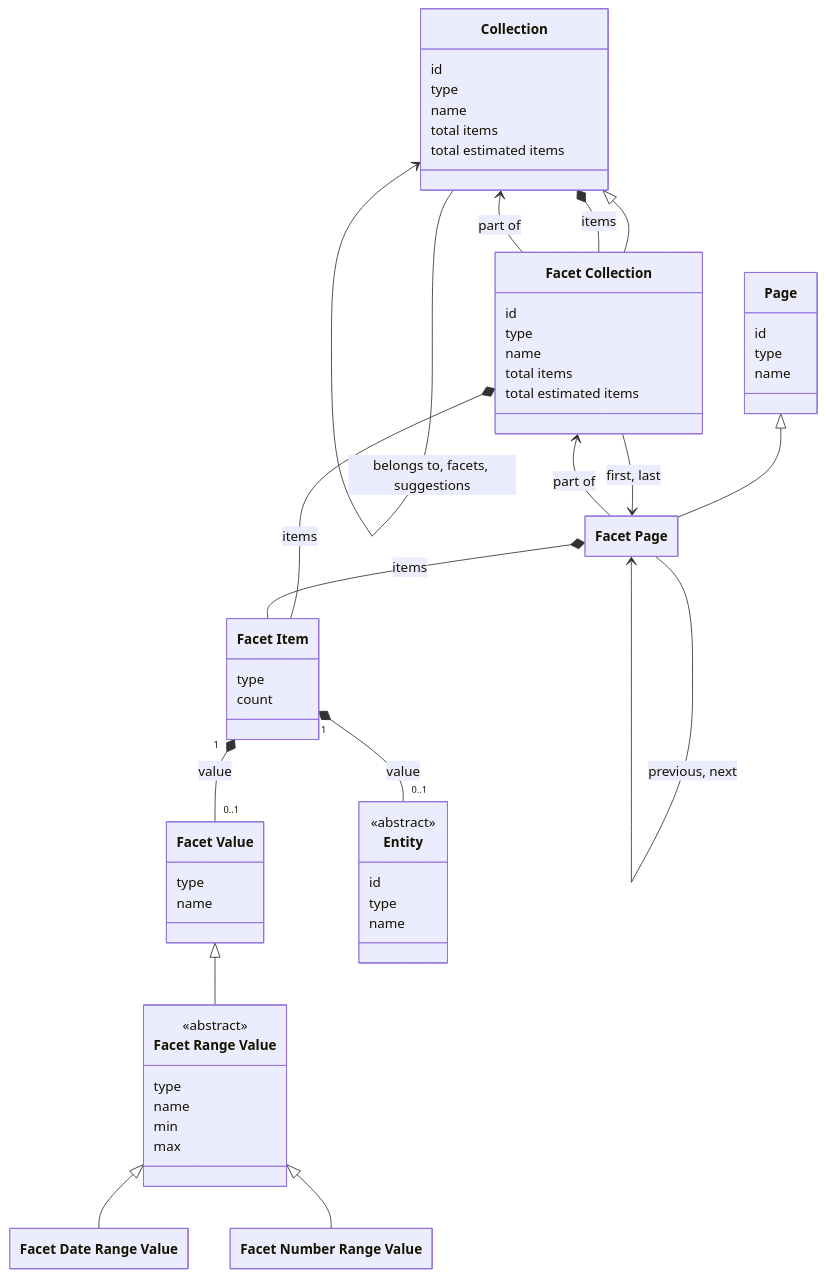
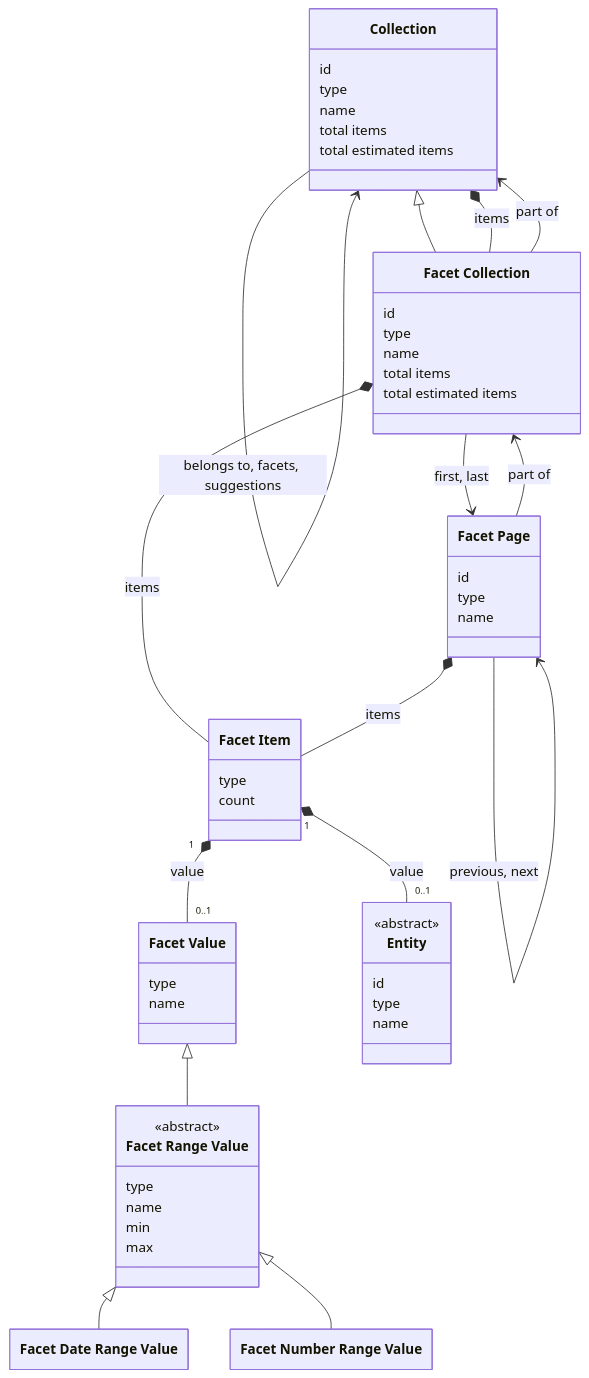
The diagram in docs/requirements/data-layer-api/rest/facets.md (netwerk-digitaal-erfgoed/netwerk-digitaal-erfgoed.github.io), drawn with Mermaid before and after one commit. The commit also changed 2 other files, not shown here.

Commit message:
docs(data-layer-api): generalize suggestion model

````diff
--- a/docs/requirements/data-layer-api/rest/facets.md
+++ b/docs/requirements/data-layer-api/rest/facets.md
@@ -38,75 +38,73 @@
 ```mermaid
 ---
   config:
     class:
       hideEmptyMembersBox: true
 ---
 classDiagram
 
 class Collection["Collection"] {
   id
   type
   name
   total items
   total estimated items
 }
 
 class FacetCollection["Facet Collection"] {
   id
   type
   name
   total items
   total estimated items
 }
 
-class Page["Page"] {
+class FacetPage["Facet Page"] {
   id
   type
   name
 }
 
-class FacetPage["Facet Page"]
 class FacetItem["Facet Item"] {
   type
   count
 }
 
 class FacetValue["Facet Value"] {
   type
   name
 }
 
 class FacetRangeValue["Facet Range Value"] {
   <<abstract>>
   type
   name
   min
   max
 }
 
 class FacetDateRangeValue["Facet Date Range Value"]
 class FacetNumberRangeValue["Facet Number Range Value"]
 
 class Entity {
   <<abstract>>
   id
   type
   name
 }
 
 Collection <|-- FacetCollection
 FacetValue <|-- FacetRangeValue
 FacetRangeValue <|-- FacetDateRangeValue
 FacetRangeValue <|-- FacetNumberRangeValue
-Page <|-- FacetPage
 Collection --> Collection : belongs to, facets, suggestions
 Collection *-- FacetCollection : items
 FacetCollection --> Collection : part of
 FacetCollection --> FacetPage : first, last
 FacetCollection *-- FacetItem : items
 FacetPage --> FacetCollection : part of
 FacetPage --> FacetPage : previous, next
 FacetPage *-- FacetItem : items
 FacetItem "1" *-- "0..1" FacetValue : value
 FacetItem "1" *-- "0..1" Entity  : value
 ```
````
